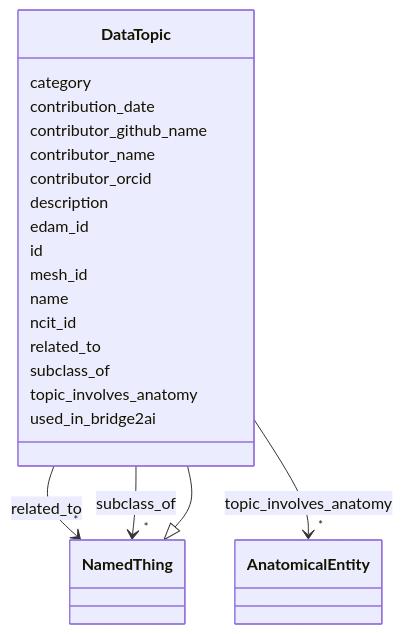
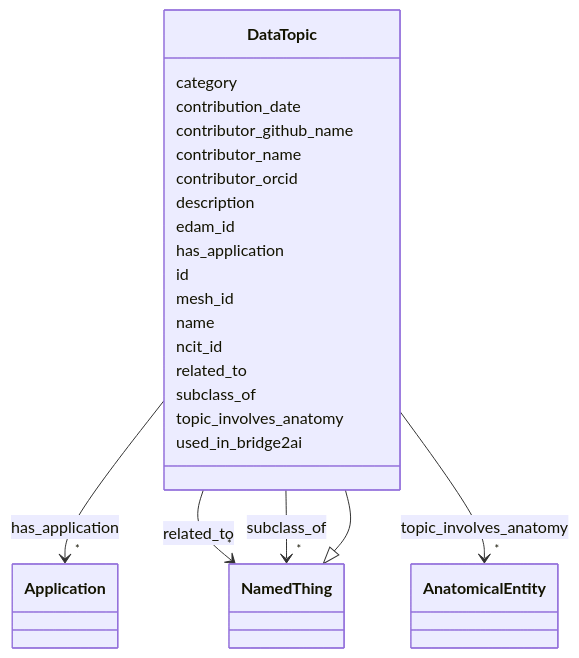
Before and after one commit to bridge2ai/standards-schemas: the diagram in docs/DataTopic.md, drawn with Mermaid. The commit also changed other lines of this file and 54 other files, not shown here.

Commit message:
Update schema artifacts

````diff
--- a/docs/DataTopic.md
+++ b/docs/DataTopic.md
@@ -18,66 +18,77 @@
 ```mermaid
  classDiagram
     class DataTopic
     click DataTopic href "../DataTopic/"
       NamedThing <|-- DataTopic
         click NamedThing href "../NamedThing/"
       
       DataTopic : category
         
       DataTopic : contribution_date
         
       DataTopic : contributor_github_name
         
       DataTopic : contributor_name
         
       DataTopic : contributor_orcid
         
       DataTopic : description
         
       DataTopic : edam_id
+        
+      DataTopic : has_application
+        
+          
+    
+        
+        
+        DataTopic --> "*" Application : has_application
+        click Application href "../Application/"
+    
+
         
       DataTopic : id
         
       DataTopic : mesh_id
         
       DataTopic : name
         
       DataTopic : ncit_id
         
       DataTopic : related_to
         
           
     
         
         
         DataTopic --> "*" NamedThing : related_to
         click NamedThing href "../NamedThing/"
     
 
         
       DataTopic : subclass_of
         
           
     
         
         
         DataTopic --> "*" NamedThing : subclass_of
         click NamedThing href "../NamedThing/"
     
 
         
       DataTopic : topic_involves_anatomy
         
           
     
         
         
         DataTopic --> "*" AnatomicalEntity : topic_involves_anatomy
         click AnatomicalEntity href "../AnatomicalEntity/"
     
 
         
       DataTopic : used_in_bridge2ai
         
       
 ```
````
